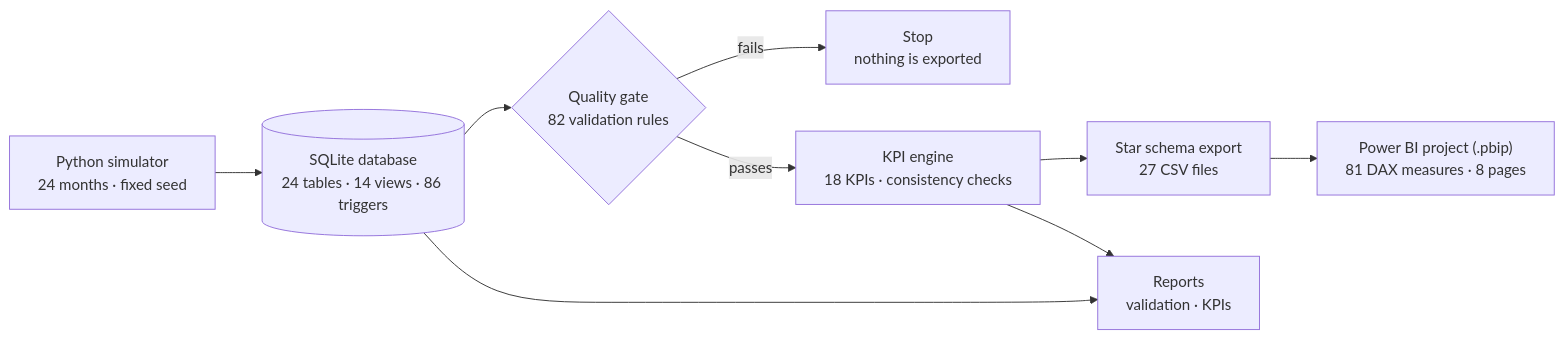
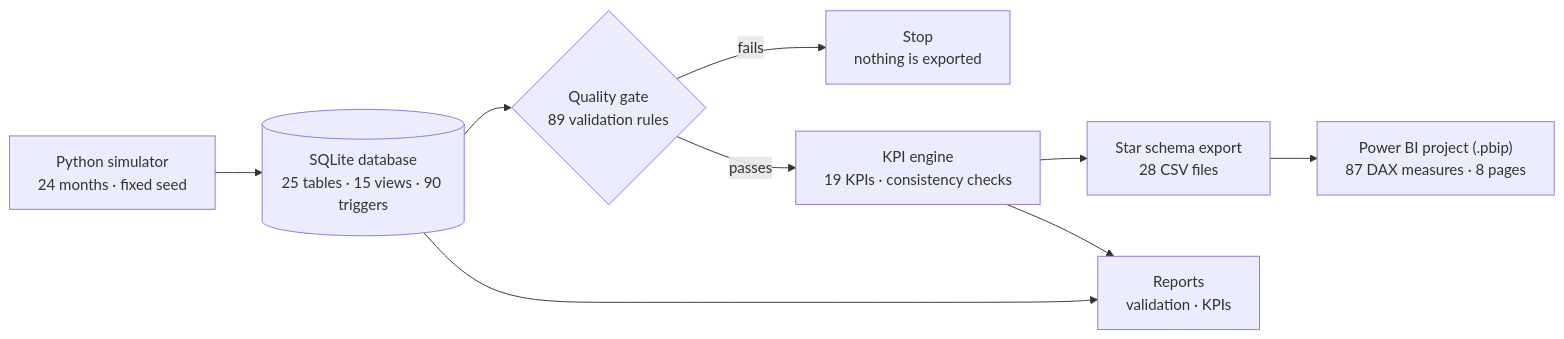
The first of 3 diagrams in README.md (DeLabFuente/aviation-quality-maintenance-intelligence), drawn with Mermaid before and after one commit. The commit also changed other lines of this file and 11 other files, not shown here.

````diff
--- a/README.md
+++ b/README.md
@@ -78,11 +79,11 @@
 ```mermaid
 flowchart LR
-    SIM["Python simulator<br/>24 months · fixed seed"] --> DB[("SQLite database<br/>24 tables · 14 views · 86 triggers")]
-    DB --> GATE{"Quality gate<br/>82 validation rules"}
+    SIM["Python simulator<br/>24 months · fixed seed"] --> DB[("SQLite database<br/>25 tables · 15 views · 90 triggers")]
+    DB --> GATE{"Quality gate<br/>89 validation rules"}
     GATE -- "fails" --> STOP["Stop<br/>nothing is exported"]
-    GATE -- "passes" --> KPI["KPI engine<br/>18 KPIs · consistency checks"]
-    KPI --> EXP["Star schema export<br/>27 CSV files"]
-    EXP --> PBI["Power BI project (.pbip)<br/>81 DAX measures · 8 pages"]
+    GATE -- "passes" --> KPI["KPI engine<br/>19 KPIs · consistency checks"]
+    KPI --> EXP["Star schema export<br/>28 CSV files"]
+    EXP --> PBI["Power BI project (.pbip)<br/>87 DAX measures · 8 pages"]
     DB --> REP["Reports<br/>validation · KPIs"]
     KPI --> REP
 ```
````
